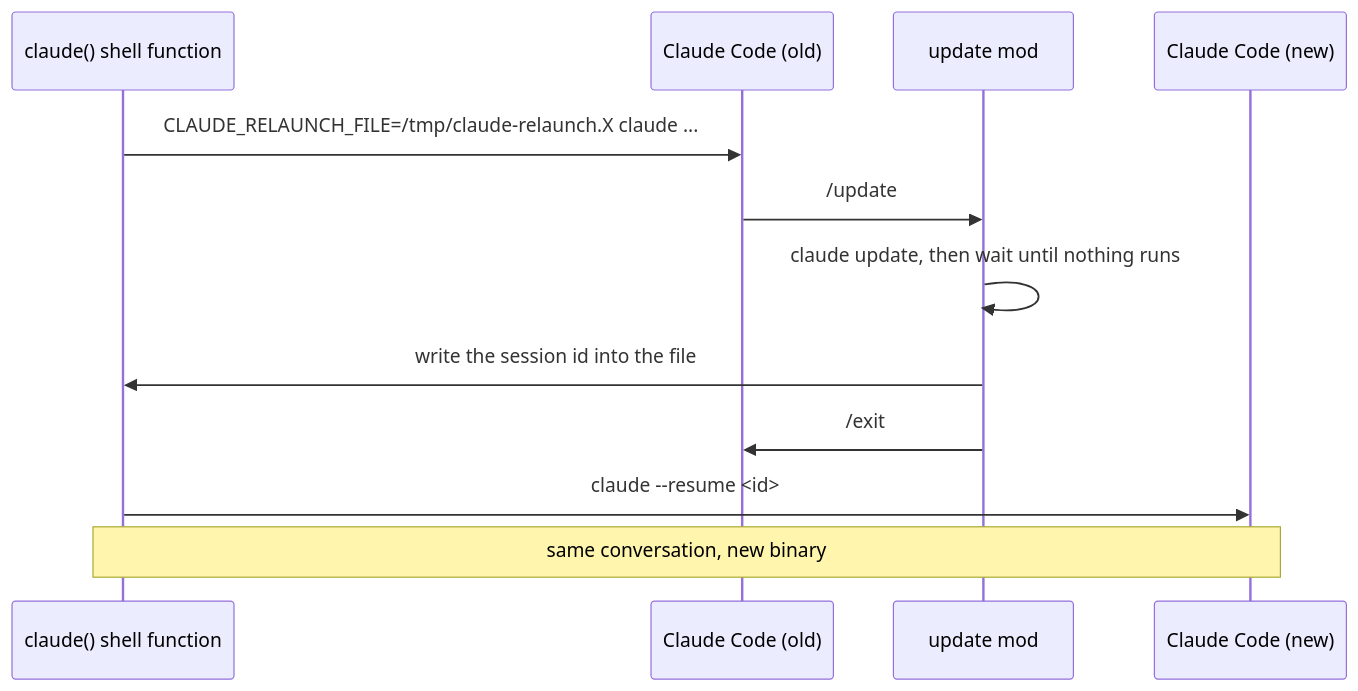
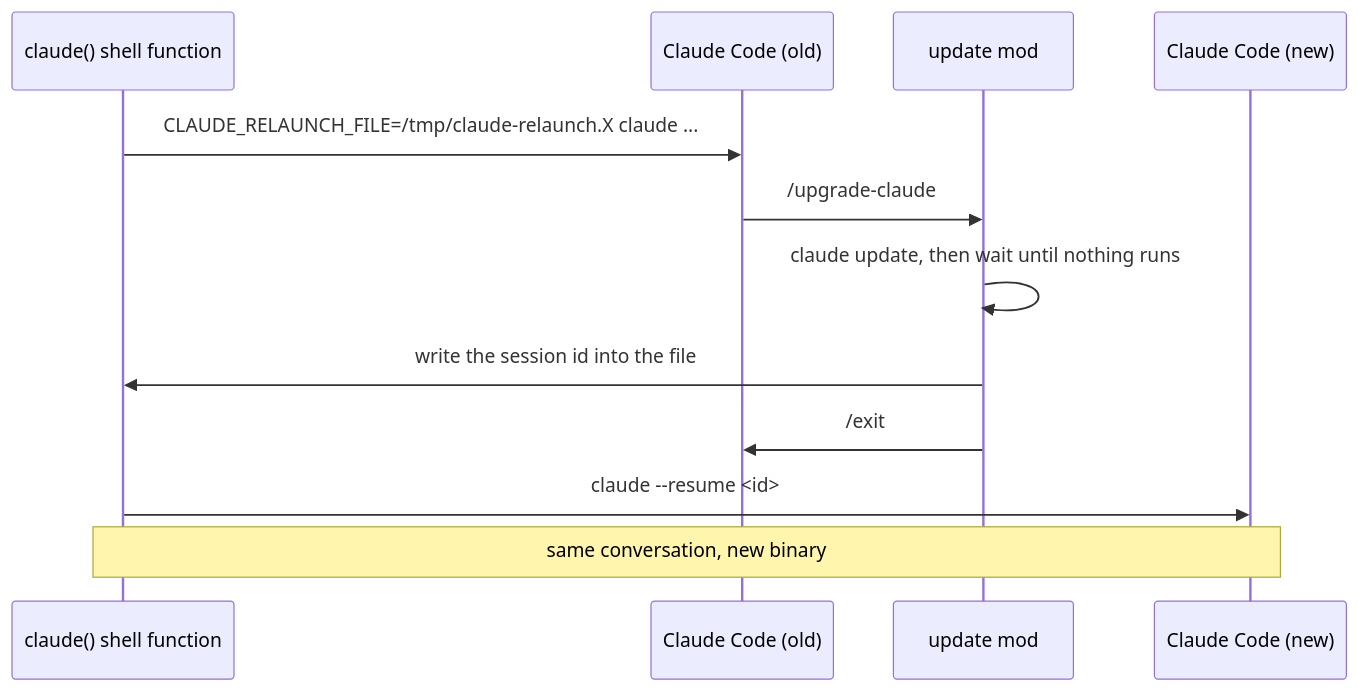
One commit to kqesar/claude-mods changed the diagram in update/README.md. Above: the diagram before and after it, drawn with Mermaid. The commit also changed other lines of this file and 2 other files, not shown here.

First line of the commit message:
Rename the update command to /upgrade-claude

````diff
--- a/update/README.md
+++ b/update/README.md
@@ -68,14 +68,14 @@
 ```mermaid
 sequenceDiagram
     participant W as claude() shell function
     participant C as Claude Code (old)
     participant M as update mod
     participant N as Claude Code (new)
     W->>C: CLAUDE_RELAUNCH_FILE=/tmp/claude-relaunch.X claude ...
-    C->>M: /update
+    C->>M: /upgrade-claude
     M->>M: claude update, then wait until nothing runs
     M->>W: write the session id into the file
     M->>C: /exit
     W->>N: claude --resume <id>
     Note over W,N: same conversation, new binary
 ```
````
